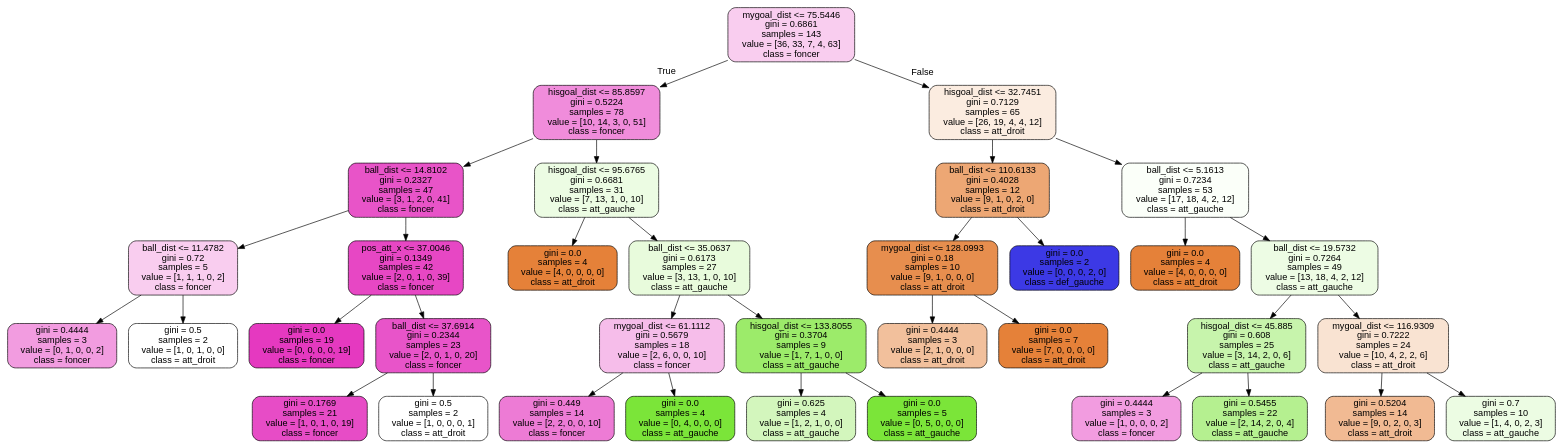
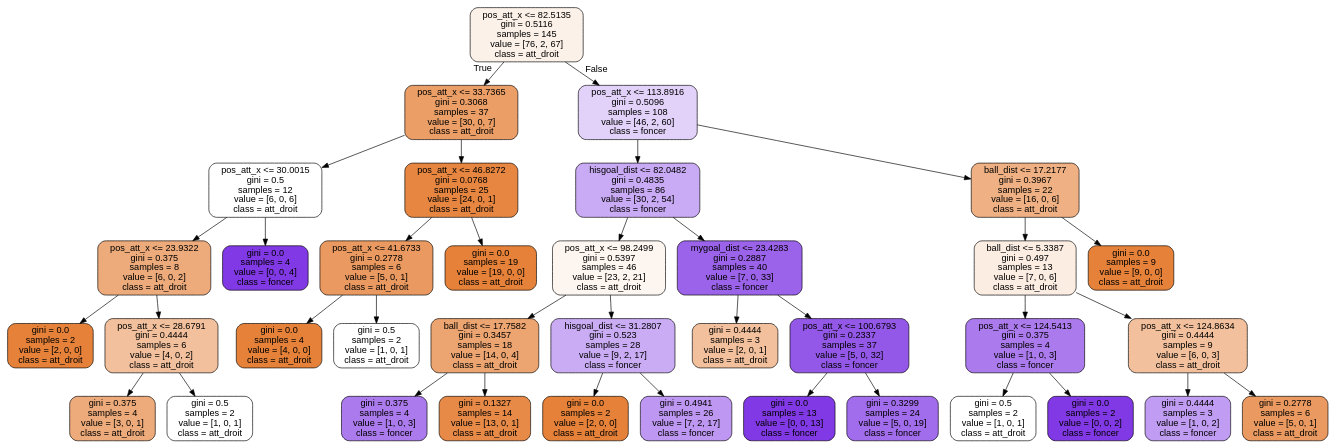
One commit to lounisAmazigh/Projet_SS changed the diagram in attaquant.dot. Above: the diagram before and after it, drawn with Graphviz. The commit also changed 16 other files, not shown here.

```diff
--- a/attaquant.dot
+++ b/attaquant.dot
@@ -1,73 +1,77 @@
 digraph Tree {
 node [shape=box, style="filled, rounded", color="black", fontname=helvetica] ;
 edge [fontname=helvetica] ;
-0 [label="mygoal_dist <= 75.5446\ngini = 0.6861\nsamples = 143\nvalue = [36, 33, 7, 4, 63]\nclass = foncer", fillcolor="#e539c040"] ;
-1 [label="hisgoal_dist <= 85.8597\ngini = 0.5224\nsamples = 78\nvalue = [10, 14, 3, 0, 51]\nclass = foncer", fillcolor="#e539c093"] ;
+0 [label="pos_att_x <= 82.5135\ngini = 0.5116\nsamples = 145\nvalue = [76, 2, 67]\nclass = att_droit", fillcolor="#e581391d"] ;
+1 [label="pos_att_x <= 33.7365\ngini = 0.3068\nsamples = 37\nvalue = [30, 0, 7]\nclass = att_droit", fillcolor="#e58139c4"] ;
 0 -> 1 [labeldistance=2.5, labelangle=45, headlabel="True"] ;
-2 [label="ball_dist <= 14.8102\ngini = 0.2327\nsamples = 47\nvalue = [3, 1, 2, 0, 41]\nclass = foncer", fillcolor="#e539c0dc"] ;
+2 [label="pos_att_x <= 30.0015\ngini = 0.5\nsamples = 12\nvalue = [6, 0, 6]\nclass = att_droit", fillcolor="#e5813900"] ;
 1 -> 2 ;
-3 [label="ball_dist <= 11.4782\ngini = 0.72\nsamples = 5\nvalue = [1, 1, 1, 0, 2]\nclass = foncer", fillcolor="#e539c040"] ;
+3 [label="pos_att_x <= 23.9322\ngini = 0.375\nsamples = 8\nvalue = [6, 0, 2]\nclass = att_droit", fillcolor="#e58139aa"] ;
 2 -> 3 ;
-4 [label="gini = 0.4444\nsamples = 3\nvalue = [0, 1, 0, 0, 2]\nclass = foncer", fillcolor="#e539c07f"] ;
+4 [label="gini = 0.0\nsamples = 2\nvalue = [2, 0, 0]\nclass = att_droit", fillcolor="#e58139ff"] ;
 3 -> 4 ;
-5 [label="gini = 0.5\nsamples = 2\nvalue = [1, 0, 1, 0, 0]\nclass = att_droit", fillcolor="#e5813900"] ;
+5 [label="pos_att_x <= 28.6791\ngini = 0.4444\nsamples = 6\nvalue = [4, 0, 2]\nclass = att_droit", fillcolor="#e581397f"] ;
 3 -> 5 ;
-6 [label="pos_att_x <= 37.0046\ngini = 0.1349\nsamples = 42\nvalue = [2, 0, 1, 0, 39]\nclass = foncer", fillcolor="#e539c0ec"] ;
-2 -> 6 ;
-7 [label="gini = 0.0\nsamples = 19\nvalue = [0, 0, 0, 0, 19]\nclass = foncer", fillcolor="#e539c0ff"] ;
-6 -> 7 ;
-8 [label="ball_dist <= 37.6914\ngini = 0.2344\nsamples = 23\nvalue = [2, 0, 1, 0, 20]\nclass = foncer", fillcolor="#e539c0db"] ;
-6 -> 8 ;
-9 [label="gini = 0.1769\nsamples = 21\nvalue = [1, 0, 1, 0, 19]\nclass = foncer", fillcolor="#e539c0e6"] ;
-8 -> 9 ;
-10 [label="gini = 0.5\nsamples = 2\nvalue = [1, 0, 0, 0, 1]\nclass = att_droit", fillcolor="#e5813900"] ;
-8 -> 10 ;
-11 [label="hisgoal_dist <= 95.6765\ngini = 0.6681\nsamples = 31\nvalue = [7, 13, 1, 0, 10]\nclass = att_gauche", fillcolor="#7be53924"] ;
-1 -> 11 ;
-12 [label="gini = 0.0\nsamples = 4\nvalue = [4, 0, 0, 0, 0]\nclass = att_droit", fillcolor="#e58139ff"] ;
-11 -> 12 ;
-13 [label="ball_dist <= 35.0637\ngini = 0.6173\nsamples = 27\nvalue = [3, 13, 1, 0, 10]\nclass = att_gauche", fillcolor="#7be5392d"] ;
-11 -> 13 ;
-14 [label="mygoal_dist <= 61.1112\ngini = 0.5679\nsamples = 18\nvalue = [2, 6, 0, 0, 10]\nclass = foncer", fillcolor="#e539c055"] ;
-13 -> 14 ;
-15 [label="gini = 0.449\nsamples = 14\nvalue = [2, 2, 0, 0, 10]\nclass = foncer", fillcolor="#e539c0aa"] ;
+6 [label="gini = 0.375\nsamples = 4\nvalue = [3, 0, 1]\nclass = att_droit", fillcolor="#e58139aa"] ;
+5 -> 6 ;
+7 [label="gini = 0.5\nsamples = 2\nvalue = [1, 0, 1]\nclass = att_droit", fillcolor="#e5813900"] ;
+5 -> 7 ;
+8 [label="gini = 0.0\nsamples = 4\nvalue = [0, 0, 4]\nclass = foncer", fillcolor="#8139e5ff"] ;
+2 -> 8 ;
+9 [label="pos_att_x <= 46.8272\ngini = 0.0768\nsamples = 25\nvalue = [24, 0, 1]\nclass = att_droit", fillcolor="#e58139f4"] ;
+1 -> 9 ;
+10 [label="pos_att_x <= 41.6733\ngini = 0.2778\nsamples = 6\nvalue = [5, 0, 1]\nclass = att_droit", fillcolor="#e58139cc"] ;
+9 -> 10 ;
+11 [label="gini = 0.0\nsamples = 4\nvalue = [4, 0, 0]\nclass = att_droit", fillcolor="#e58139ff"] ;
+10 -> 11 ;
+12 [label="gini = 0.5\nsamples = 2\nvalue = [1, 0, 1]\nclass = att_droit", fillcolor="#e5813900"] ;
+10 -> 12 ;
+13 [label="gini = 0.0\nsamples = 19\nvalue = [19, 0, 0]\nclass = att_droit", fillcolor="#e58139ff"] ;
+9 -> 13 ;
+14 [label="pos_att_x <= 113.8916\ngini = 0.5096\nsamples = 108\nvalue = [46, 2, 60]\nclass = foncer", fillcolor="#8139e53a"] ;
+0 -> 14 [labeldistance=2.5, labelangle=-45, headlabel="False"] ;
+15 [label="hisgoal_dist <= 82.0482\ngini = 0.4835\nsamples = 86\nvalue = [30, 2, 54]\nclass = foncer", fillcolor="#8139e56d"] ;
 14 -> 15 ;
-16 [label="gini = 0.0\nsamples = 4\nvalue = [0, 4, 0, 0, 0]\nclass = att_gauche", fillcolor="#7be539ff"] ;
-14 -> 16 ;
-17 [label="hisgoal_dist <= 133.8055\ngini = 0.3704\nsamples = 9\nvalue = [1, 7, 1, 0, 0]\nclass = att_gauche", fillcolor="#7be539bf"] ;
-13 -> 17 ;
-18 [label="gini = 0.625\nsamples = 4\nvalue = [1, 2, 1, 0, 0]\nclass = att_gauche", fillcolor="#7be53955"] ;
+16 [label="pos_att_x <= 98.2499\ngini = 0.5397\nsamples = 46\nvalue = [23, 2, 21]\nclass = att_droit", fillcolor="#e5813914"] ;
+15 -> 16 ;
+17 [label="ball_dist <= 17.7582\ngini = 0.3457\nsamples = 18\nvalue = [14, 0, 4]\nclass = att_droit", fillcolor="#e58139b6"] ;
+16 -> 17 ;
+18 [label="gini = 0.375\nsamples = 4\nvalue = [1, 0, 3]\nclass = foncer", fillcolor="#8139e5aa"] ;
 17 -> 18 ;
-19 [label="gini = 0.0\nsamples = 5\nvalue = [0, 5, 0, 0, 0]\nclass = att_gauche", fillcolor="#7be539ff"] ;
+19 [label="gini = 0.1327\nsamples = 14\nvalue = [13, 0, 1]\nclass = att_droit", fillcolor="#e58139eb"] ;
 17 -> 19 ;
-20 [label="hisgoal_dist <= 32.7451\ngini = 0.7129\nsamples = 65\nvalue = [26, 19, 4, 4, 12]\nclass = att_droit", fillcolor="#e5813927"] ;
-0 -> 20 [labeldistance=2.5, labelangle=-45, headlabel="False"] ;
-21 [label="ball_dist <= 110.6133\ngini = 0.4028\nsamples = 12\nvalue = [9, 1, 0, 2, 0]\nclass = att_droit", fillcolor="#e58139b2"] ;
+20 [label="hisgoal_dist <= 31.2807\ngini = 0.523\nsamples = 28\nvalue = [9, 2, 17]\nclass = foncer", fillcolor="#8139e56b"] ;
+16 -> 20 ;
+21 [label="gini = 0.0\nsamples = 2\nvalue = [2, 0, 0]\nclass = att_droit", fillcolor="#e58139ff"] ;
 20 -> 21 ;
-22 [label="mygoal_dist <= 128.0993\ngini = 0.18\nsamples = 10\nvalue = [9, 1, 0, 0, 0]\nclass = att_droit", fillcolor="#e58139e3"] ;
-21 -> 22 ;
-23 [label="gini = 0.4444\nsamples = 3\nvalue = [2, 1, 0, 0, 0]\nclass = att_droit", fillcolor="#e581397f"] ;
-22 -> 23 ;
-24 [label="gini = 0.0\nsamples = 7\nvalue = [7, 0, 0, 0, 0]\nclass = att_droit", fillcolor="#e58139ff"] ;
-22 -> 24 ;
-25 [label="gini = 0.0\nsamples = 2\nvalue = [0, 0, 0, 2, 0]\nclass = def_gauche", fillcolor="#3c39e5ff"] ;
-21 -> 25 ;
-26 [label="ball_dist <= 5.1613\ngini = 0.7234\nsamples = 53\nvalue = [17, 18, 4, 2, 12]\nclass = att_gauche", fillcolor="#7be53907"] ;
-20 -> 26 ;
-27 [label="gini = 0.0\nsamples = 4\nvalue = [4, 0, 0, 0, 0]\nclass = att_droit", fillcolor="#e58139ff"] ;
-26 -> 27 ;
-28 [label="ball_dist <= 19.5732\ngini = 0.7264\nsamples = 49\nvalue = [13, 18, 4, 2, 12]\nclass = att_gauche", fillcolor="#7be53923"] ;
-26 -> 28 ;
-29 [label="hisgoal_dist <= 45.885\ngini = 0.608\nsamples = 25\nvalue = [3, 14, 2, 0, 6]\nclass = att_gauche", fillcolor="#7be5396b"] ;
+22 [label="gini = 0.4941\nsamples = 26\nvalue = [7, 2, 17]\nclass = foncer", fillcolor="#8139e586"] ;
+20 -> 22 ;
+23 [label="mygoal_dist <= 23.4283\ngini = 0.2887\nsamples = 40\nvalue = [7, 0, 33]\nclass = foncer", fillcolor="#8139e5c9"] ;
+15 -> 23 ;
+24 [label="gini = 0.4444\nsamples = 3\nvalue = [2, 0, 1]\nclass = att_droit", fillcolor="#e581397f"] ;
+23 -> 24 ;
+25 [label="pos_att_x <= 100.6793\ngini = 0.2337\nsamples = 37\nvalue = [5, 0, 32]\nclass = foncer", fillcolor="#8139e5d7"] ;
+23 -> 25 ;
+26 [label="gini = 0.0\nsamples = 13\nvalue = [0, 0, 13]\nclass = foncer", fillcolor="#8139e5ff"] ;
+25 -> 26 ;
+27 [label="gini = 0.3299\nsamples = 24\nvalue = [5, 0, 19]\nclass = foncer", fillcolor="#8139e5bc"] ;
+25 -> 27 ;
+28 [label="ball_dist <= 17.2177\ngini = 0.3967\nsamples = 22\nvalue = [16, 0, 6]\nclass = att_droit", fillcolor="#e581399f"] ;
+14 -> 28 ;
+29 [label="ball_dist <= 5.3387\ngini = 0.497\nsamples = 13\nvalue = [7, 0, 6]\nclass = att_droit", fillcolor="#e5813924"] ;
 28 -> 29 ;
-30 [label="gini = 0.4444\nsamples = 3\nvalue = [1, 0, 0, 0, 2]\nclass = foncer", fillcolor="#e539c07f"] ;
+30 [label="pos_att_x <= 124.5413\ngini = 0.375\nsamples = 4\nvalue = [1, 0, 3]\nclass = foncer", fillcolor="#8139e5aa"] ;
 29 -> 30 ;
-31 [label="gini = 0.5455\nsamples = 22\nvalue = [2, 14, 2, 0, 4]\nclass = att_gauche", fillcolor="#7be5398e"] ;
-29 -> 31 ;
-32 [label="mygoal_dist <= 116.9309\ngini = 0.7222\nsamples = 24\nvalue = [10, 4, 2, 2, 6]\nclass = att_droit", fillcolor="#e5813939"] ;
-28 -> 32 ;
-33 [label="gini = 0.5204\nsamples = 14\nvalue = [9, 0, 2, 0, 3]\nclass = att_droit", fillcolor="#e581398b"] ;
-32 -> 33 ;
-34 [label="gini = 0.7\nsamples = 10\nvalue = [1, 4, 0, 2, 3]\nclass = att_gauche", fillcolor="#7be53924"] ;
-32 -> 34 ;
+31 [label="gini = 0.5\nsamples = 2\nvalue = [1, 0, 1]\nclass = att_droit", fillcolor="#e5813900"] ;
+30 -> 31 ;
+32 [label="gini = 0.0\nsamples = 2\nvalue = [0, 0, 2]\nclass = foncer", fillcolor="#8139e5ff"] ;
+30 -> 32 ;
+33 [label="pos_att_x <= 124.8634\ngini = 0.4444\nsamples = 9\nvalue = [6, 0, 3]\nclass = att_droit", fillcolor="#e581397f"] ;
+29 -> 33 ;
+34 [label="gini = 0.4444\nsamples = 3\nvalue = [1, 0, 2]\nclass = foncer", fillcolor="#8139e57f"] ;
+33 -> 34 ;
+35 [label="gini = 0.2778\nsamples = 6\nvalue = [5, 0, 1]\nclass = att_droit", fillcolor="#e58139cc"] ;
+33 -> 35 ;
+36 [label="gini = 0.0\nsamples = 9\nvalue = [9, 0, 0]\nclass = att_droit", fillcolor="#e58139ff"] ;
+28 -> 36 ;
 }
```
